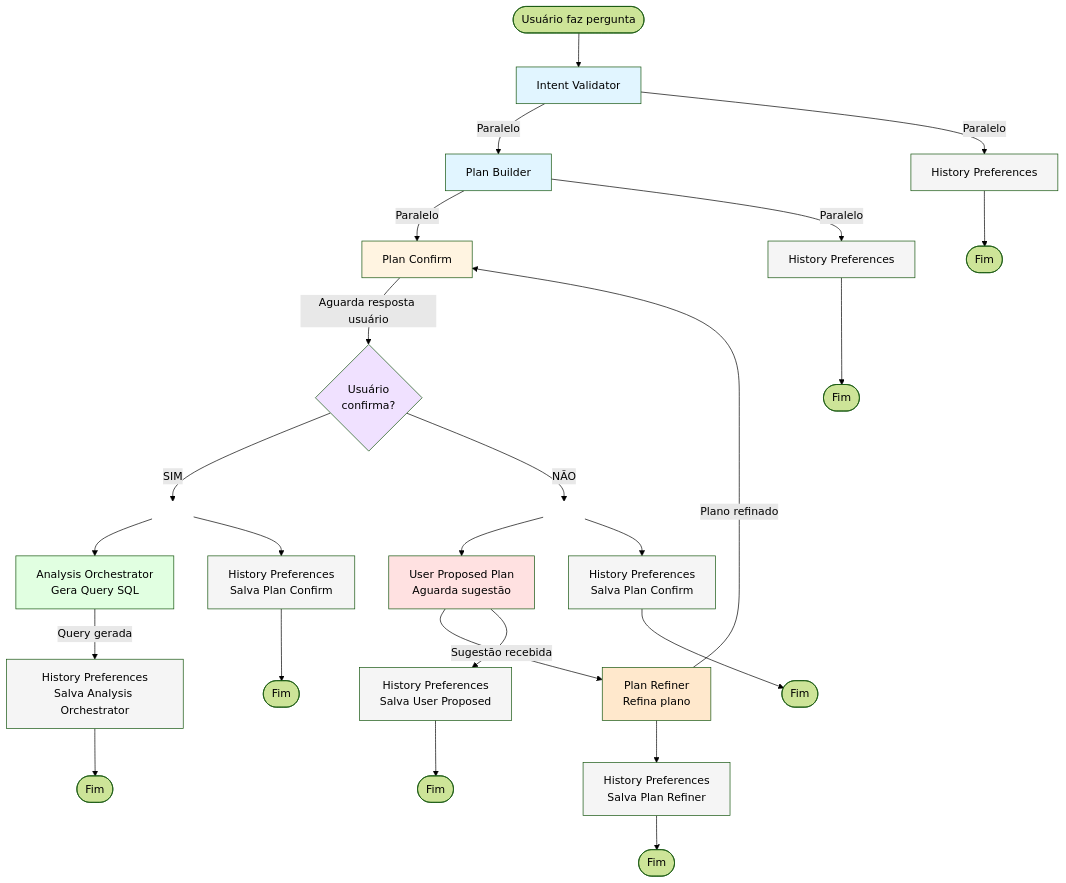
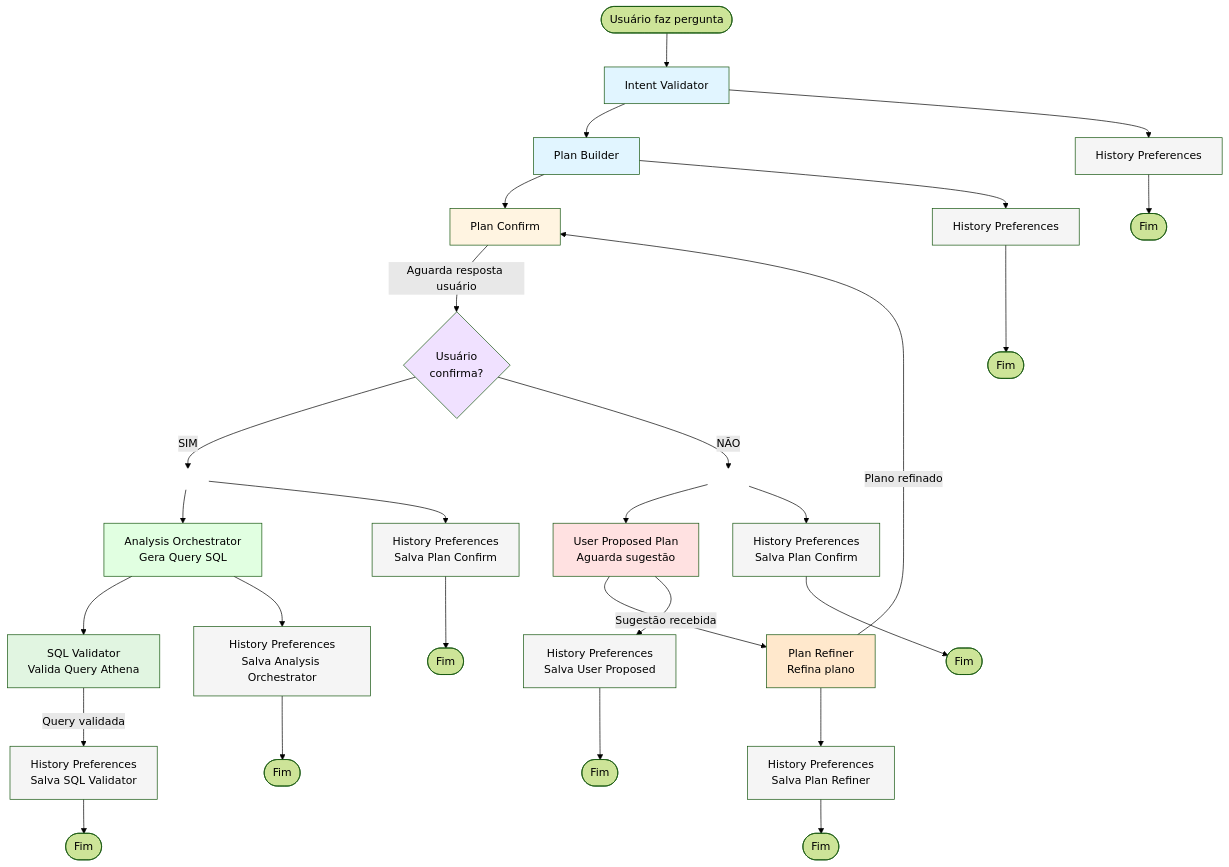
Before and after one commit to thigarciaj/ezpocket: the diagram in actual_state_solution/graph_orchestrator_flow.mmd, drawn with Mermaid (forest theme).

Commit message:
docs: atualiza diagrama do fluxo com SQL Validator Agent
- Adiciona nó SQL Validator após Analysis Orchestrator
- Mostra execução paralela: analysis_orchestrator → [sql_validator, history]
- SQL Validator valida query Athena e salva logs via history
- Atualiza estilo visual (verde claro) para novo nó

```diff
--- a/actual_state_solution/graph_orchestrator_flow.mmd
+++ b/actual_state_solution/graph_orchestrator_flow.mmd
@@ -1,53 +1,61 @@
 graph TD
     Start([Usuário faz pergunta]) --> IntentValidator[Intent Validator]
     
-    IntentValidator -->|Paralelo| PlanBuilder[Plan Builder]
-    IntentValidator -->|Paralelo| H1[History Preferences]
+    IntentValidator --> PlanBuilder[Plan Builder]
+    IntentValidator --> H1[History Preferences]
     
-    PlanBuilder -->|Paralelo| PlanConfirm[Plan Confirm]
-    PlanBuilder -->|Paralelo| H2[History Preferences]
+    PlanBuilder --> PlanConfirm[Plan Confirm]
+    PlanBuilder --> H2[History Preferences]
     
     PlanConfirm -->|Aguarda resposta usuário| Decision{Usuário<br/>confirma?}
     
     %% Ramo SIM (apenas uma seta)
     Decision -->|SIM| Yes[  ]
     Yes --> AnalysisOrchestrator[Analysis Orchestrator<br/>Gera Query SQL]
     Yes --> H3[History Preferences<br/>Salva Plan Confirm]
 
     %% Ramo NÃO (apenas uma seta)
     Decision -->|NÃO| No[  ]
     No --> UserProposed[User Proposed Plan<br/>Aguarda sugestão]
     No --> H4[History Preferences<br/>Salva Plan Confirm]
     
-    AnalysisOrchestrator -->|Query gerada| H5[History Preferences<br/>Salva Analysis Orchestrator]
+    %% Fluxo após Analysis Orchestrator: Paralelo para SQL Validator + History
+    AnalysisOrchestrator -->SQLValidator[SQL Validator<br/>Valida Query Athena]
+    AnalysisOrchestrator -->H5[History Preferences<br/>Salva Analysis Orchestrator]
+    
+    %% SQL Validator valida e salva
+    SQLValidator -->|Query validada| H8[History Preferences<br/>Salva SQL Validator]
     
     UserProposed -->|Sugestão recebida| PlanRefiner[Plan Refiner<br/>Refina plano]
     UserProposed --> H6[History Preferences<br/>Salva User Proposed]
     
     PlanRefiner -->|Plano refinado| PlanConfirm
     PlanRefiner --> H7[History Preferences<br/>Salva Plan Refiner]
     
     H1 --> End1([Fim])
     H2 --> End2([Fim])
     H3 --> End3([Fim])
     H4 --> End4([Fim])
     H5 --> End5([Fim])
     H6 --> End6([Fim])
     H7 --> End7([Fim])
+    H8 --> End8([Fim])
 
     style IntentValidator fill:#e1f5ff
     style PlanBuilder fill:#e1f5ff
     style PlanConfirm fill:#fff4e1
     style AnalysisOrchestrator fill:#e1ffe1
+    style SQLValidator fill:#e1f5e1
     style UserProposed fill:#ffe1e1
     style PlanRefiner fill:#ffe8cc
     style Decision fill:#f0e1ff
     style Yes fill:#ffffff,stroke:#ffffff
     style No fill:#ffffff,stroke:#ffffff
     style H1 fill:#f5f5f5
     style H2 fill:#f5f5f5
     style H3 fill:#f5f5f5
     style H4 fill:#f5f5f5
     style H5 fill:#f5f5f5
     style H6 fill:#f5f5f5
     style H7 fill:#f5f5f5
+    style H8 fill:#f5f5f5
```
